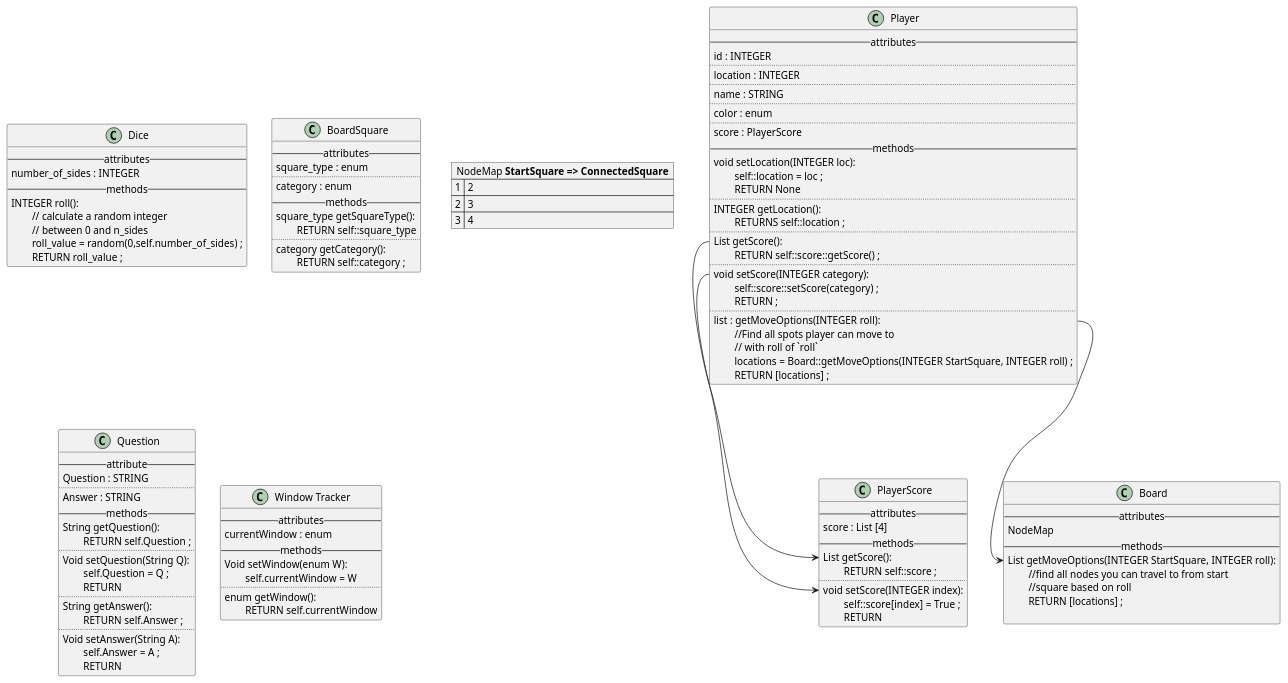
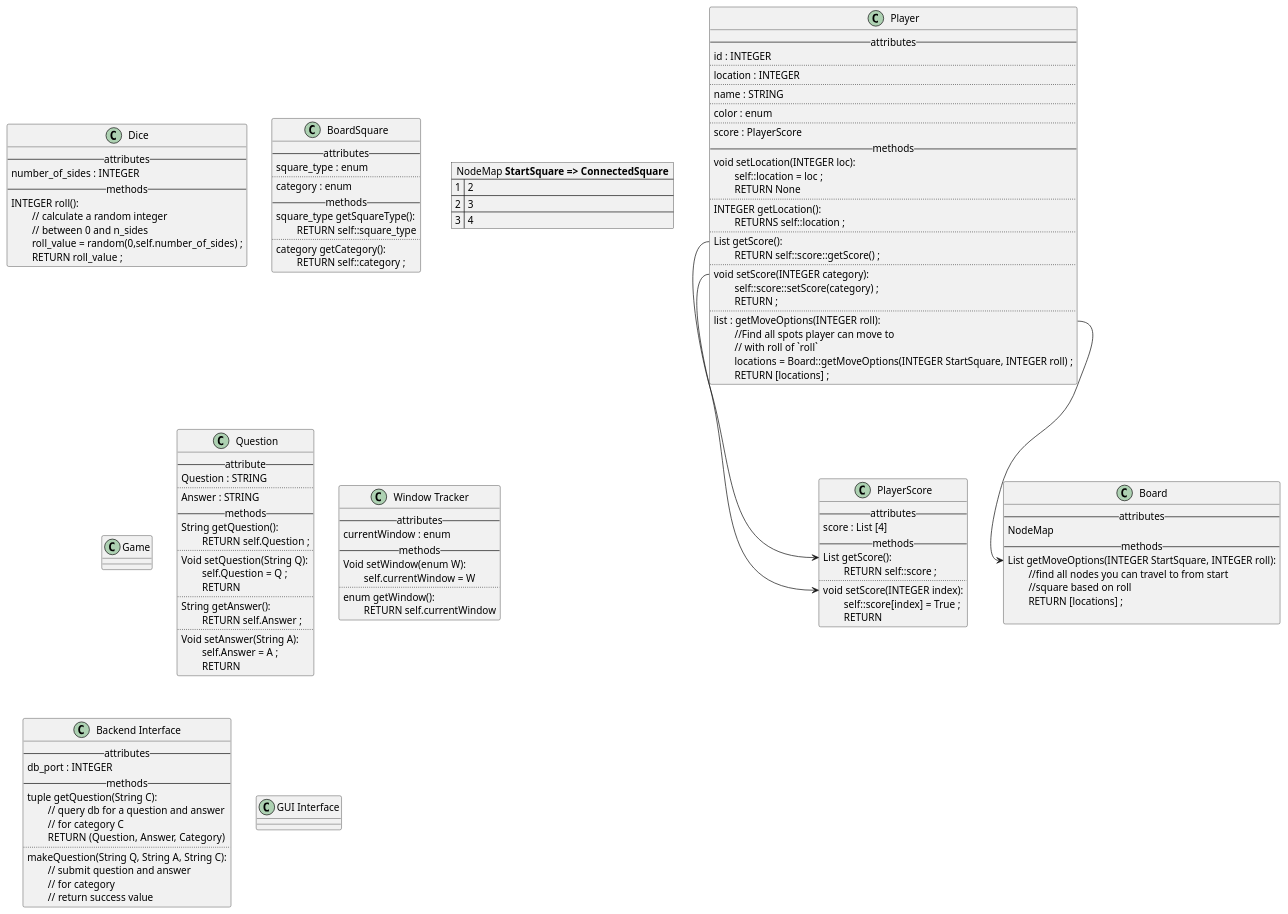
Before and after one commit to ttimmer2/TrivialCompute: the diagram in Class_Diagrams/pseudocode.puml, drawn with PlantUML. The commit also changed 1 other file, not shown here.

```diff
--- a/Class_Diagrams/pseudocode.puml
+++ b/Class_Diagrams/pseudocode.puml
@@ -1,139 +1,162 @@
 @startuml
 ' Class definitions and pseudocode
 class Player {
   --attributes--
   id : INTEGER
   ..
   location : INTEGER
   ..
   name : STRING
   ..
   color : enum
   ..
   score : PlayerScore
   --methods--
   void setLocation(INTEGER loc):
   \tself::location = loc ;
   \tRETURN None
   ..
   INTEGER getLocation():
   \tRETURNS self::location ;
   ..
   List getScore():
   \tRETURN self::score::getScore() ;
   ..
   void setScore(INTEGER category):
   \tself::score::setScore(category) ;
   \tRETURN ;
   ..
   list : getMoveOptions(INTEGER roll):
   \t//Find all spots player can move to
   \t// with roll of `roll`
   \tlocations = Board::getMoveOptions(INTEGER StartSquare, INTEGER roll) ;
   \tRETURN [locations] ;
 }
 
 class PlayerScore{
   --attributes--
   score : List [4]
   --methods--
   List getScore():
   \tRETURN self::score ;
   ..
   void setScore(INTEGER index):
   \tself::score[index] = True ;
   \tRETURN
 }
 
 class Dice{
   --attributes--
   number_of_sides : INTEGER
   --methods--
   INTEGER roll():
   \t// calculate a random integer
   \t// between 0 and n_sides
   \troll_value = random(0,self.number_of_sides) ;
   \tRETURN roll_value ;
 }
 
 class BoardSquare{
   --attributes--
   square_type : enum
   ..
   category : enum
   --methods--
   square_type getSquareType():
   \tRETURN self::square_type
   ..
   category getCategory():
   \tRETURN self::category ;
 }
 
 map "NodeMap **StartSquare => ConnectedSquare**" as NodeMap {
 1 => 2
 2 => 3
 3 => 4
 }
 
+Class Game{
+  
+}
+
 Class Board{
   --attributes--
   NodeMap
   --methods--
   List getMoveOptions(INTEGER StartSquare, INTEGER roll):
   \t//find all nodes you can travel to from start
   \t//square based on roll
   \tRETURN [locations] ;
 
 }
 
 Class Question{
   --attribute--
   Question : STRING
   ..
   Answer : STRING
   --methods--
   String getQuestion():
   \tRETURN self.Question ;
   ..
   Void setQuestion(String Q):
   \tself.Question = Q ;
   \tRETURN
   ..
   String getAnswer():
   \tRETURN self.Answer ;
   ..
   Void setAnswer(String A):
   \tself.Answer = A ;
   \tRETURN
 }
 
 Class "Window Tracker"{
   --attributes--
   currentWindow : enum
   --methods--
   Void setWindow(enum W):
   \tself.currentWindow = W
   ..
   enum getWindow():
   \tRETURN self.currentWindow
 }
 
+Class "Backend Interface"{
+    --attributes--
+    db_port : INTEGER
+    --methods--
+    tuple getQuestion(String C):
+    \t// query db for a question and answer
+    \t// for category C
+    \tRETURN (Question, Answer, Category)
+    ..
+    makeQuestion(String Q, String A, String C):
+    \t// submit question and answer
+    \t// for category
+    \t// return success value
+}
+
+Class "GUI Interface"{
+
+}
+
 ' attribute connections
 'Player::location <-- Player::getLocation
 'Player::location <-- Player::setLocation
 Player::getScore --> PlayerScore::getScore
 Player::setScore --> PlayerScore::setScore
 Player::getMoveOptions --> Board::getMoveOptions
 
 /'
     When Given <some precondition>
 
 And <additional preconditions> Optional
 
 When <an action/trigger occurs>
 
 Then <some post condition>
 
 And <additional post conditions> Optional
 '/
 @enduml
```
